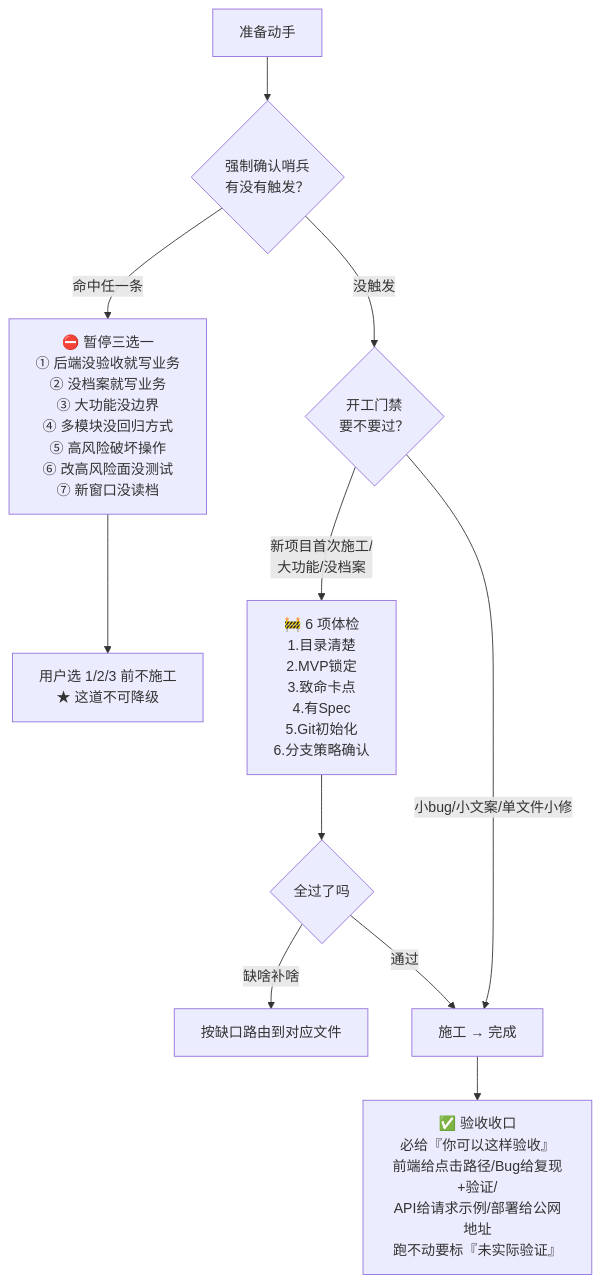
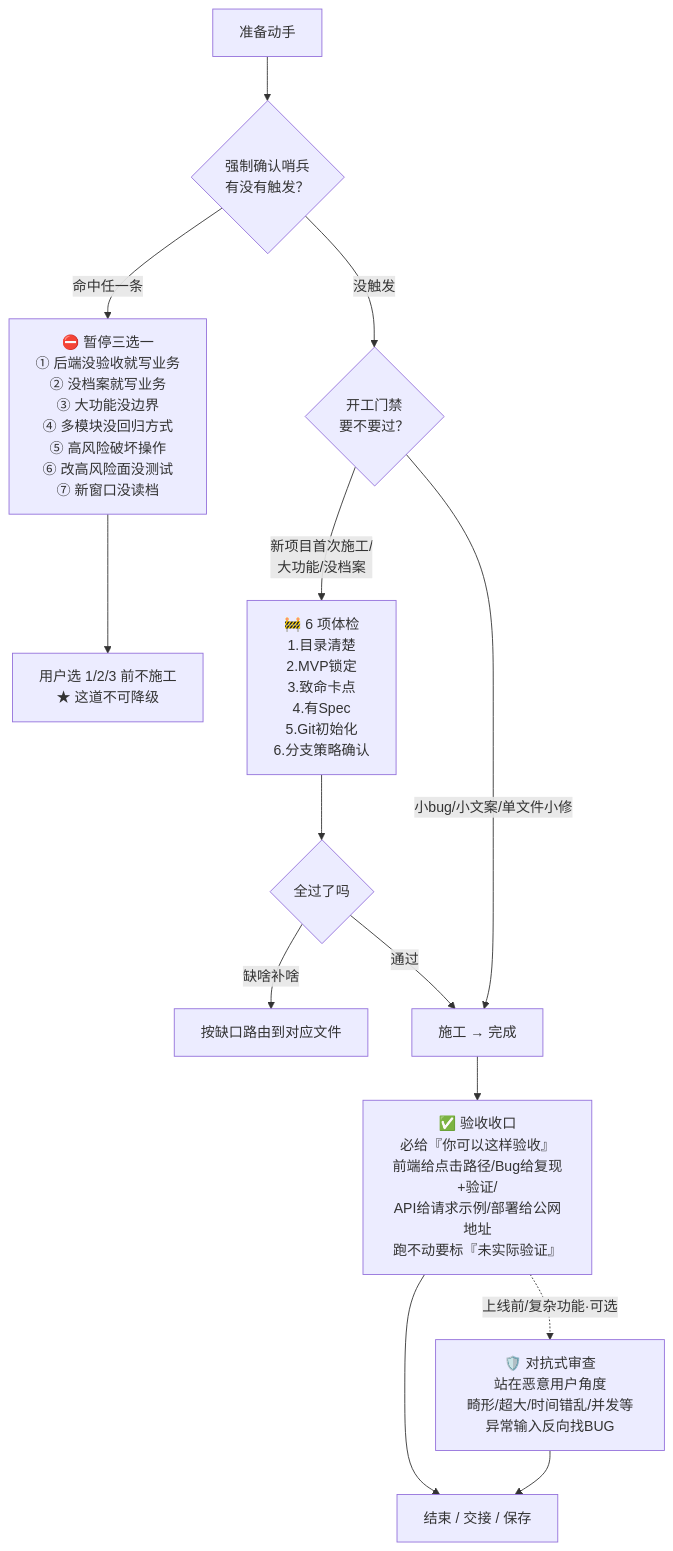
Before and after one commit to kunkunzi996/kun-vibe-coding-skill: the third of 3 diagrams in FLOWCHART.md, drawn with Mermaid. The commit also changed other lines of this file and 6 other files, not shown here.

````diff
--- a/FLOWCHART.md
+++ b/FLOWCHART.md
@@ -96,15 +96,18 @@
 ```mermaid
 flowchart TD
     S[准备动手] --> Q1{强制确认哨兵<br/>有没有触发？}
     Q1 -- 命中任一条 --> STOP1[⛔ 暂停三选一<br/>① 后端没验收就写业务<br/>② 没档案就写业务<br/>③ 大功能没边界<br/>④ 多模块没回归方式<br/>⑤ 高风险破坏操作<br/>⑥ 改高风险面没测试<br/>⑦ 新窗口没读档]
     STOP1 --> WAIT[用户选 1/2/3 前不施工<br/>★ 这道不可降级]
     Q1 -- 没触发 --> Q2
 
     Q2{开工门禁<br/>要不要过？} -- 新项目首次施工/<br/>大功能/没档案 --> GATE[🚧 6 项体检<br/>1.目录清楚<br/>2.MVP锁定<br/>3.致命卡点<br/>4.有Spec<br/>5.Git初始化<br/>6.分支策略确认]
     GATE --> GATEOK{全过了吗}
     GATEOK -- 缺啥补啥 --> ROUTE[按缺口路由到对应文件]
     GATEOK -- 通过 --> Q3
     Q2 -- 小bug/小文案/单文件小修 --> Q3
 
     Q3[施工 → 完成] --> ACC[✅ 验收收口<br/>必给『你可以这样验收』<br/>前端给点击路径/Bug给复现+验证/<br/>API给请求示例/部署给公网地址<br/>跑不动要标『未实际验证』]
+    ACC --> DONE[结束 / 交接 / 保存]
+    ACC -. 上线前/复杂功能·可选 .-> ADV[🛡️ 对抗式审查<br/>站在恶意用户角度<br/>畸形/超大/时间错乱/并发等异常输入反向找BUG]
+    ADV --> DONE
 ```
````
